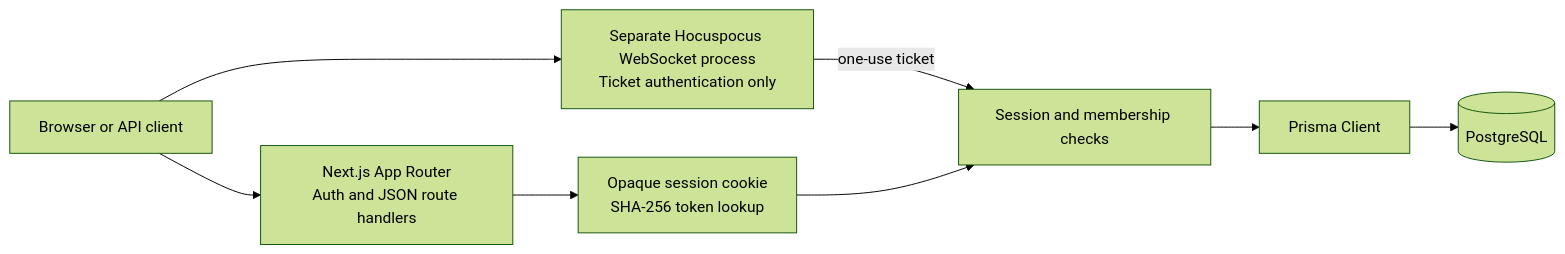
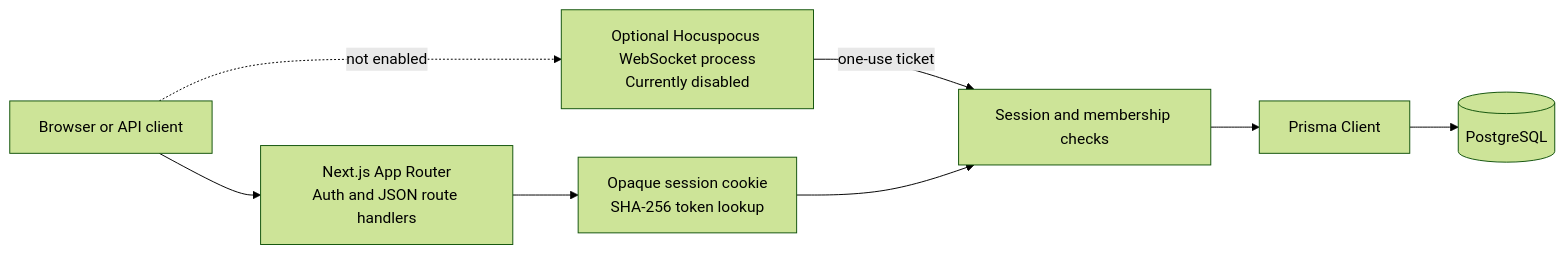
The diagram in README.md (prathamesh-pp/collab-space), drawn with Mermaid (forest theme) before and after one commit. The commit also changed other lines of this file and 11 other files, not shown here.

````diff
--- a/README.md
+++ b/README.md
@@ -66,17 +90,17 @@
 ```mermaid
 flowchart LR
   Browser[Browser or API client]
   Next[Next.js App Router\nAuth and JSON route handlers]
-  Hocuspocus[Separate Hocuspocus WebSocket process\nTicket authentication only]
+  Hocuspocus[Optional Hocuspocus WebSocket process\nCurrently disabled]
   Auth[Opaque session cookie\nSHA-256 token lookup]
   Policy[Session and membership checks]
   Prisma[Prisma Client]
   DB[(PostgreSQL)]
   Browser --> Next
-  Browser --> Hocuspocus
+  Browser -. "not enabled" .-> Hocuspocus
   Hocuspocus -->|one-use ticket| Policy
   Next --> Auth
   Auth --> Policy
   Policy --> Prisma
   Prisma --> DB
 ```
````
